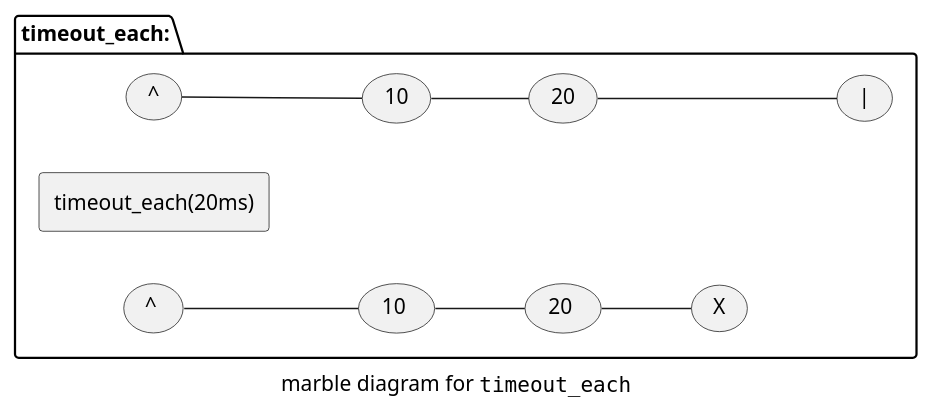
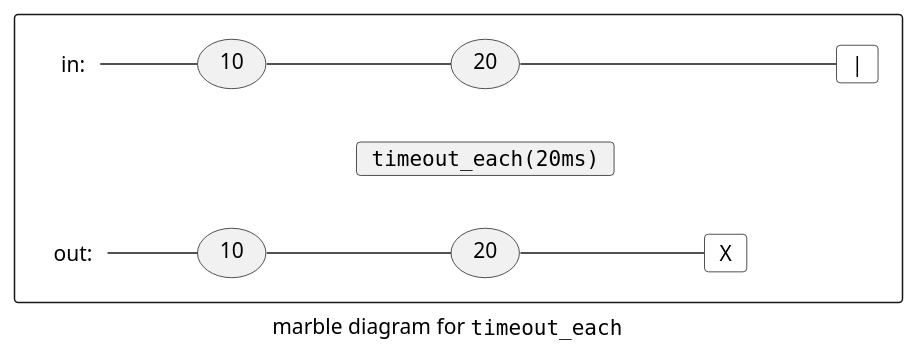
One commit to kirkshoop/sequence-next changed diagram 16 of 16 in sequences.md. Above: the diagram before and after it, drawn with PlantUML. The commit also changed other lines of this file, not shown here.

````diff
--- a/sequences.md
+++ b/sequences.md
@@ -635,13 +744,23 @@
 ```plantuml
 caption marble diagram for ""timeout_each""
 left to right direction
-package timeout_each: {
-(^) -- (10)
-(10) -- (20)
-(20) --- (|)
-rectangle ""timeout_each(20ms)""
-(^ ) -- (10 )
-(10 ) -- (20 )
-(20 ) -- (X)
+rectangle {
+card iS as "in:" #transparent;line:transparent 
+usecase i10 as "10"
+usecase i20 as "20"
+card iE as "|" #transparent
+iS -- i10
+i10 -- i20
+i20 --- iE
+usecase anc as " " #transparent;line:transparent
+card fn as """timeout_each(20ms)""" 
+anc -[hidden]-- fn
+card oS as "out:" #transparent;line:transparent
+usecase o10 as "10"
+usecase o20 as "20"
+card oE as "X" #transparent
+oS -- o10
+o10 -- o20
+o20 -- oE
 }
 ```
````
